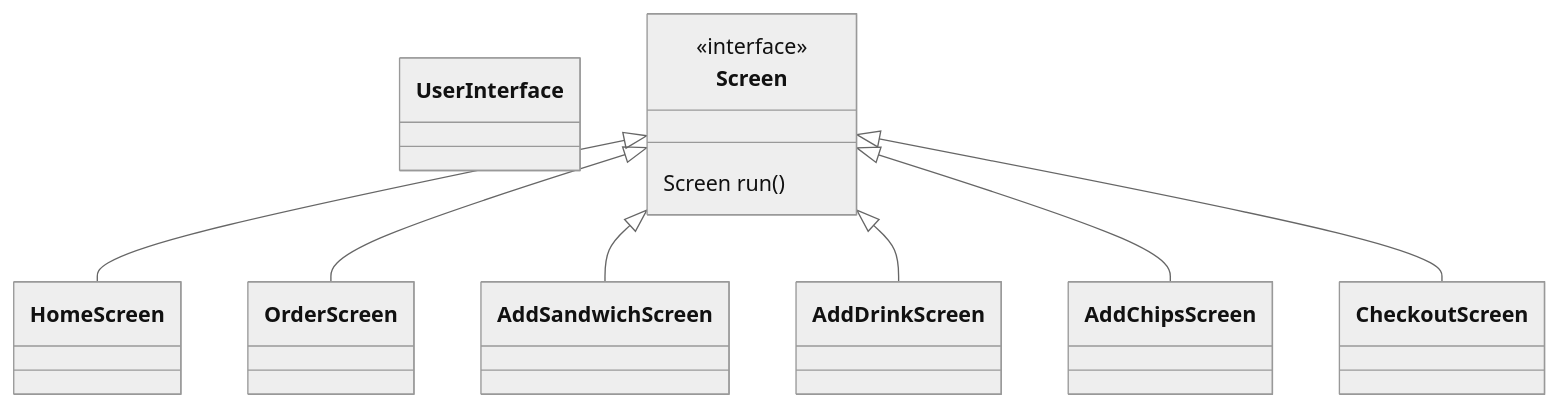
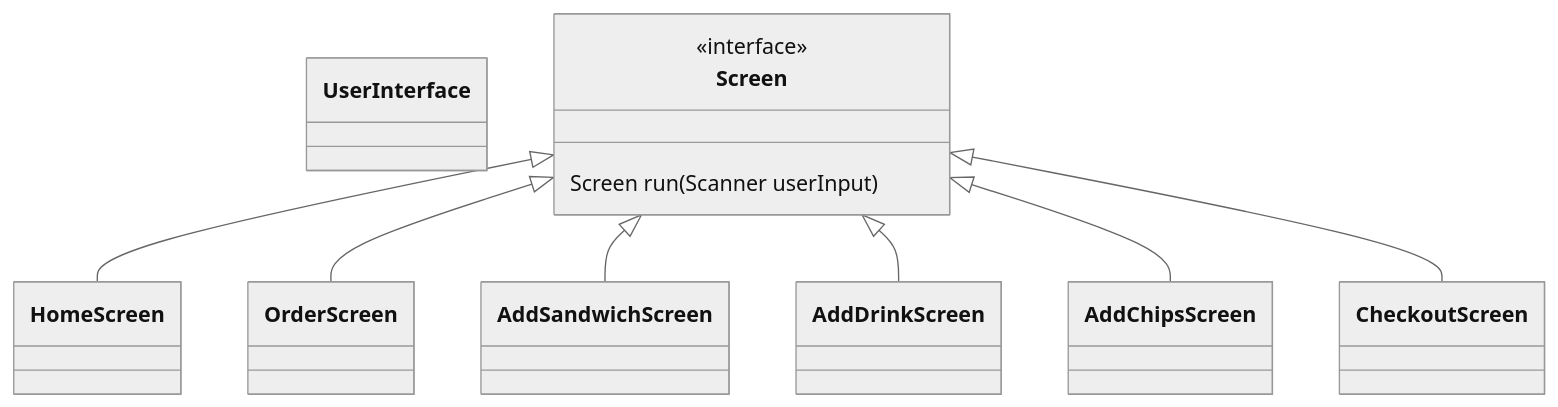
The third of 3 diagrams in diagrams/class_diagrams.md (yuujn/nuclear-subs), drawn with Mermaid (neutral theme) before and after one commit. The commit also changed 4 other files, not shown here.

Commit message:
adjust Screen interface to take Scanner parameter for user input

````diff
--- a/diagrams/class_diagrams.md
+++ b/diagrams/class_diagrams.md
@@ -48,21 +48,21 @@
 ```mermaid
 classDiagram
     class UserInterface
     class Screen {
         <<interface>>
-        Screen run()
+        Screen run(Scanner userInput)
     }
     
     Screen <|-- HomeScreen
     class HomeScreen
     Screen <|-- OrderScreen
     class OrderScreen
     Screen <|-- AddSandwichScreen
     class AddSandwichScreen
     Screen <|-- AddDrinkScreen
     class AddDrinkScreen
     Screen <|-- AddChipsScreen
     class AddChipsScreen
     Screen <|-- CheckoutScreen
     class CheckoutScreen
 ```
````
